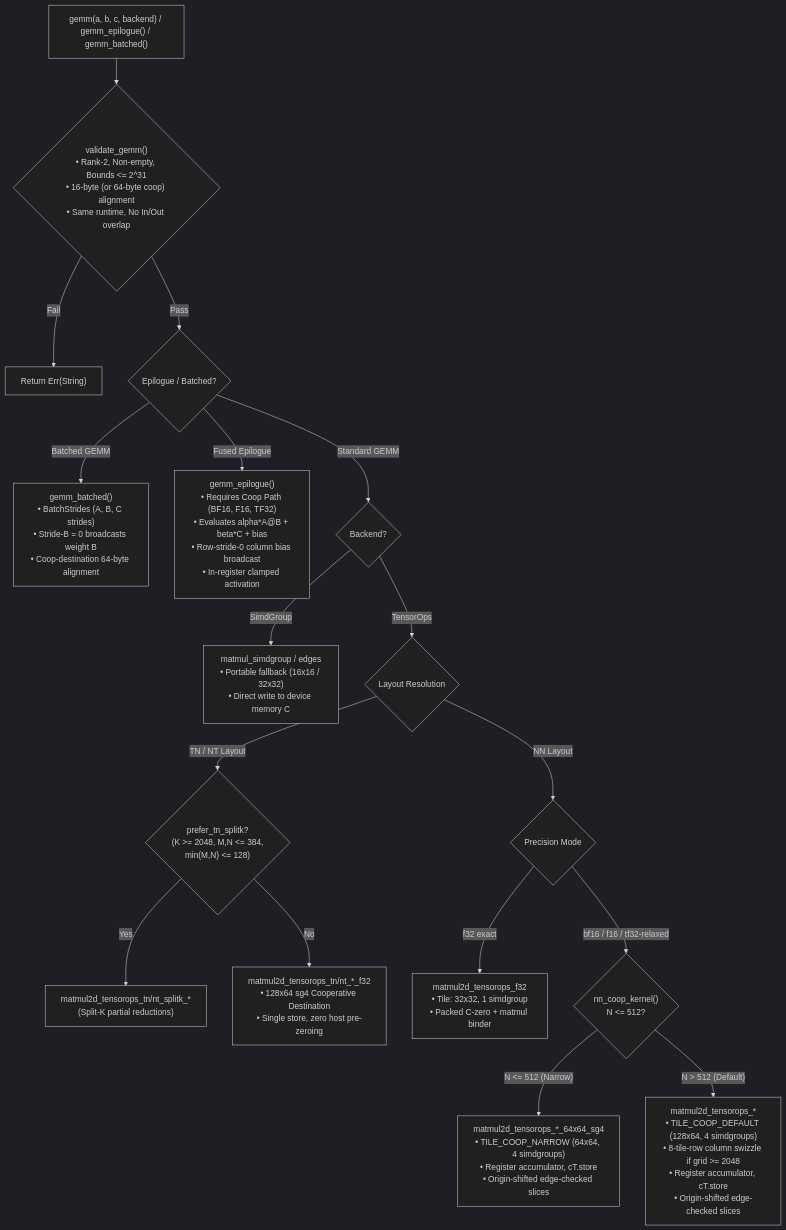
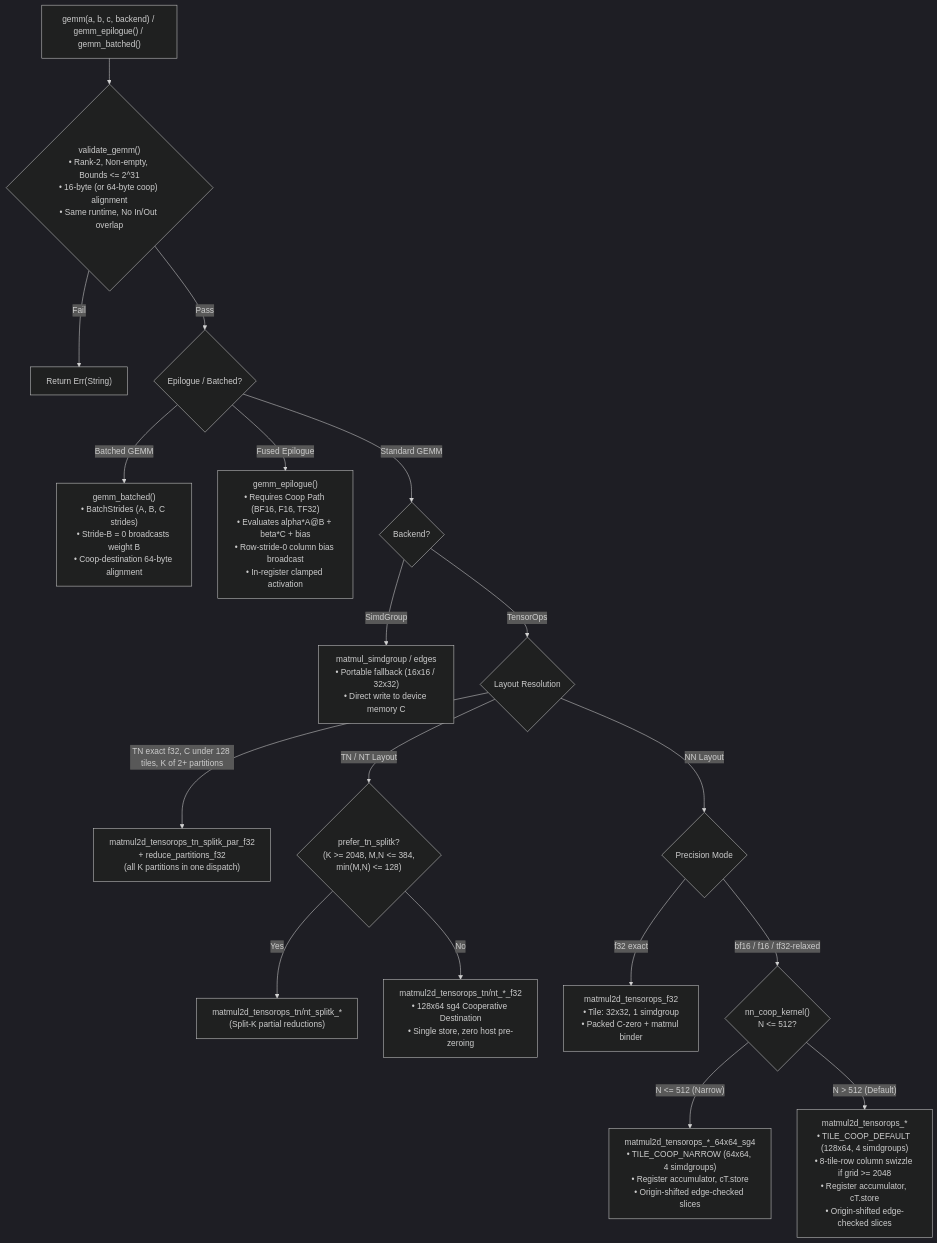
One commit to bharathvbcr/tessl changed the third of 4 diagrams in README.md. Above: the diagram before and after it, drawn with Mermaid (dark theme). The commit also changed other lines of this file and 29 other files, not shown here.

````diff
--- a/README.md
+++ b/README.md
@@ -213,27 +218,28 @@
 ```mermaid
 flowchart TD
     Start["gemm(a, b, c, backend) / gemm_epilogue() / gemm_batched()"] --> Validate{"validate_gemm()<br/>• Rank-2, Non-empty, Bounds &lt;= 2^31<br/>• 16-byte (or 64-byte coop) alignment<br/>• Same runtime, No In/Out overlap"}
     Validate -- Fail --> Err["Return Err(String)"]
     Validate -- Pass --> EpilogueCheck{"Epilogue / Batched?"}
 
     EpilogueCheck -- "Batched GEMM" --> BatchedDispatch["gemm_batched()<br/>• BatchStrides (A, B, C strides)<br/>• Stride-B = 0 broadcasts weight B<br/>• Coop-destination 64-byte alignment"]
     EpilogueCheck -- "Fused Epilogue" --> EpilogueDispatch["gemm_epilogue()<br/>• Requires Coop Path (BF16, F16, TF32)<br/>• Evaluates alpha*A@B + beta*C + bias<br/>• Row-stride-0 column bias broadcast<br/>• In-register clamped activation"]
     EpilogueCheck -- "Standard GEMM" --> BackendCheck{"Backend?"}
 
     BackendCheck -- SimdGroup --> SimdGroupKernel["matmul_simdgroup / edges<br/>• Portable fallback (16x16 / 32x32)<br/>• Direct write to device memory C"]
     BackendCheck -- TensorOps --> LayoutCheck{"Layout Resolution"}
 
+    LayoutCheck -- "TN exact f32, C under 128 tiles, K of 2+ partitions" --> ParTN["matmul2d_tensorops_tn_splitk_par_f32<br/>+ reduce_partitions_f32<br/>(all K partitions in one dispatch)"]
     LayoutCheck -- "TN / NT Layout" --> SplitKCheck{"prefer_tn_splitk?<br/>(K &gt;= 2048, M,N &lt;= 384,<br/>min(M,N) &lt;= 128)"}
     SplitKCheck -- Yes --> SplitKKernel["matmul2d_tensorops_tn/nt_splitk_*<br/>(Split-K partial reductions)"]
     SplitKCheck -- No --> CoopTN["matmul2d_tensorops_tn/nt_*_f32<br/>• 128x64 sg4 Cooperative Destination<br/>• Single store, zero host pre-zeroing"]
 
     LayoutCheck -- "NN Layout" --> PrecisionCheck{"Precision Mode"}
     
     PrecisionCheck -- "f32 exact" --> F32Exact["matmul2d_tensorops_f32<br/>• Tile: 32x32, 1 simdgroup<br/>• Packed C-zero + matmul binder"]
     
     PrecisionCheck -- "bf16 / f16 / tf32-relaxed" --> NNTable{"nn_coop_kernel()<br/>N &lt;= 512?"}
     
     NNTable -- "N &lt;= 512 (Narrow)" --> NNNarrow["matmul2d_tensorops_*_64x64_sg4<br/>• TILE_COOP_NARROW (64x64, 4 simdgroups)<br/>• Register accumulator, cT.store<br/>• Origin-shifted edge-checked slices"]
     
     NNTable -- "N &gt; 512 (Default)" --> NNDefault["matmul2d_tensorops_*<br/>• TILE_COOP_DEFAULT (128x64, 4 simdgroups)<br/>• 8-tile-row column swizzle if grid &gt;= 2048<br/>• Register accumulator, cT.store<br/>• Origin-shifted edge-checked slices"]
 ```
````
